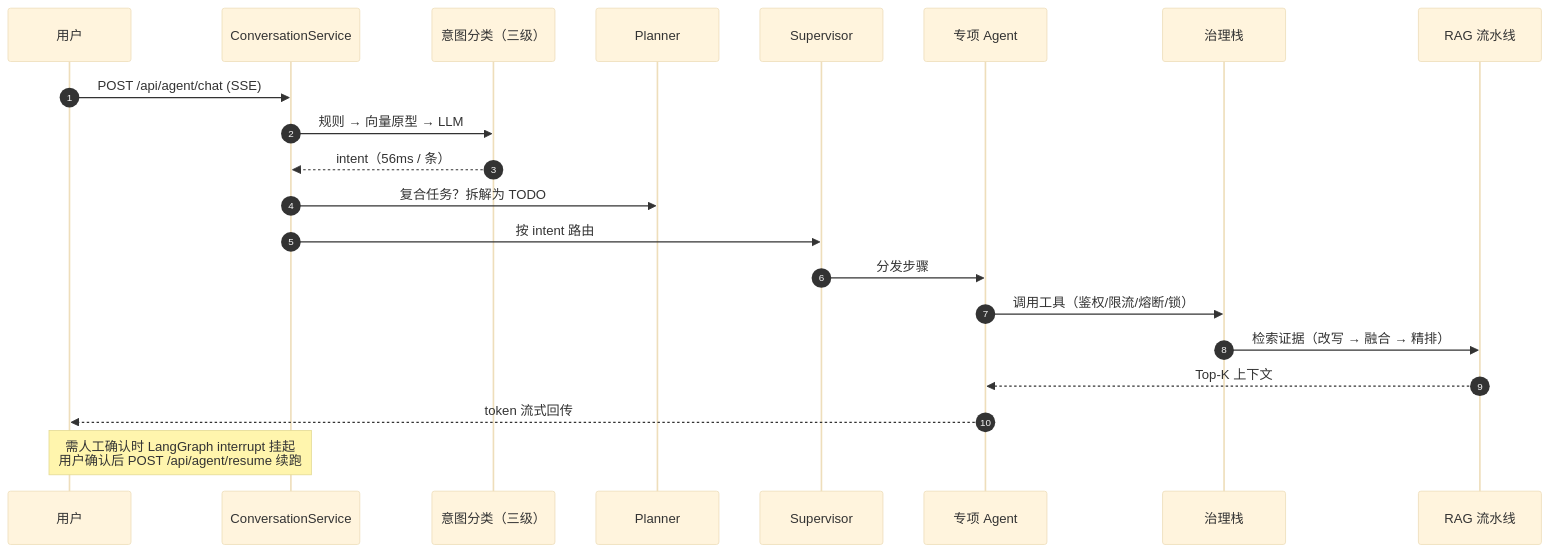
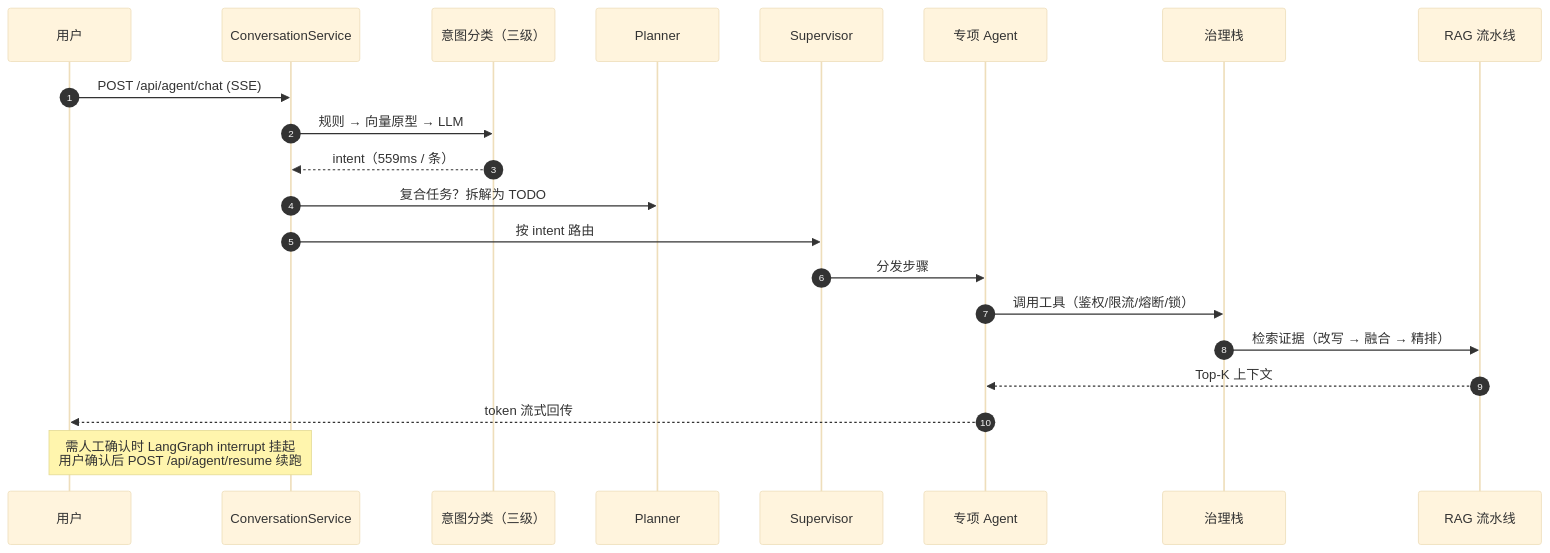
Before and after one commit to shangguanyunji663/Lun-Assistant: the second of 2 diagrams in README.md, drawn with Mermaid (base theme). The commit also changed other lines of this file and 16 other files, not shown here.

````diff
--- a/README.md
+++ b/README.md
@@ -150,24 +150,24 @@
 ```mermaid
 sequenceDiagram
     autonumber
     participant U as 用户
     participant C as ConversationService
     participant CL as 意图分类（三级）
     participant P as Planner
     participant SUP as Supervisor
     participant SP as 专项 Agent
     participant G as 治理栈
     participant R as RAG 流水线
 
     U->>C: POST /api/agent/chat (SSE)
     C->>CL: 规则 → 向量原型 → LLM
-    CL-->>C: intent（56ms / 条）
+    CL-->>C: intent（559ms / 条）
     C->>P: 复合任务？拆解为 TODO
     C->>SUP: 按 intent 路由
     SUP->>SP: 分发步骤
     SP->>G: 调用工具（鉴权/限流/熔断/锁）
     G->>R: 检索证据（改写 → 融合 → 精排）
     R-->>SP: Top-K 上下文
     SP-->>U: token 流式回传
     Note over C,U: 需人工确认时 LangGraph interrupt 挂起<br/>用户确认后 POST /api/agent/resume 续跑
 ```
````
